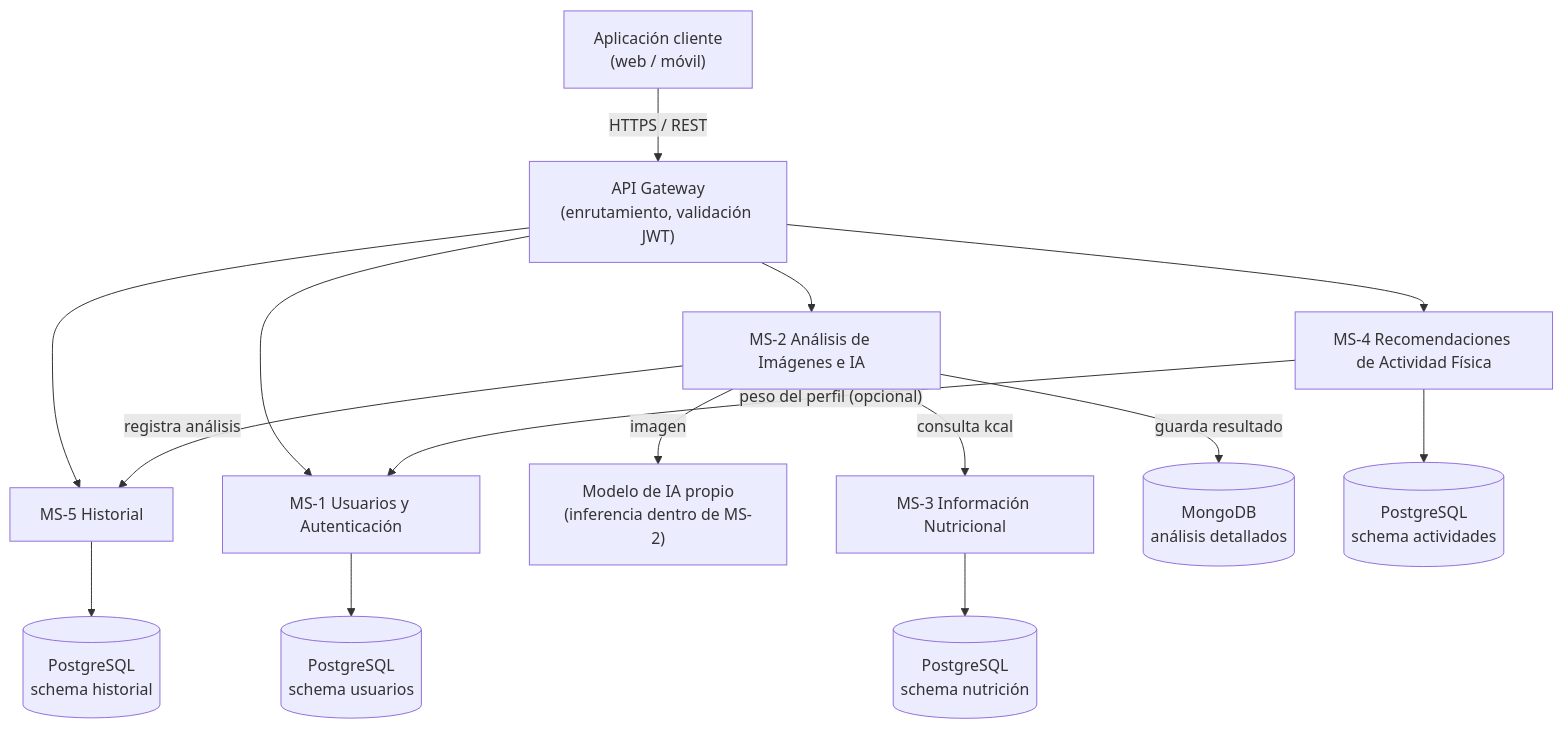
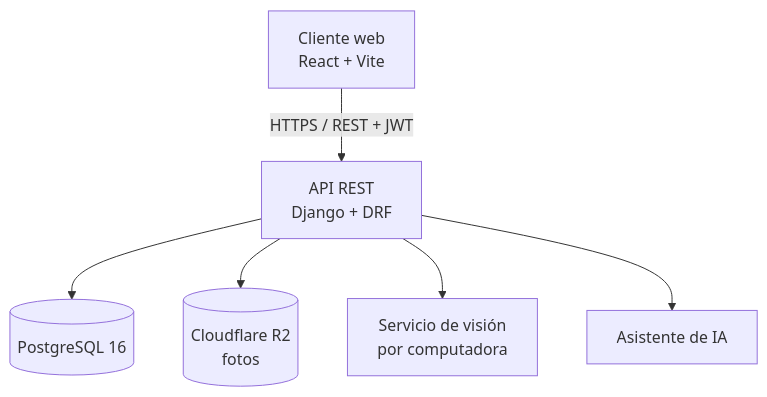
The second of 3 diagrams in README.md (Ludwig-Ivan/Panda), drawn with Mermaid before and after one commit. The commit also changed other lines of this file, not shown here.

````diff
--- a/README.md
+++ b/README.md
@@ -54,19 +82,8 @@
 ```mermaid
 flowchart TD
-    C["Aplicación cliente<br/>(web / móvil)"] -->|HTTPS / REST| G["API Gateway<br/>(enrutamiento, validación JWT)"]
-    G --> MS1["MS-1 Usuarios y Autenticación"]
-    G --> MS2["MS-2 Análisis de Imágenes e IA"]
-    G --> MS4["MS-4 Recomendaciones de Actividad Física"]
-    G --> MS5["MS-5 Historial"]
- 
-    MS2 -->|imagen| IA["Modelo de IA propio<br/>(inferencia dentro de MS-2)"]
-    MS2 -->|consulta kcal| MS3["MS-3 Información Nutricional"]
-    MS2 -->|registra análisis| MS5
-    MS2 -->|guarda resultado| MONGO[("MongoDB<br/>análisis detallados")]
-    MS4 -->|"peso del perfil (opcional)"| MS1
- 
-    MS1 --> PG1[("PostgreSQL<br/>schema usuarios")]
-    MS3 --> PG3[("PostgreSQL<br/>schema nutrición")]
-    MS4 --> PG4[("PostgreSQL<br/>schema actividades")]
-    MS5 --> PG5[("PostgreSQL<br/>schema historial")]
+    C["Cliente web<br/>React + Vite"] -->|"HTTPS / REST + JWT"| API["API REST<br/>Django + DRF"]
+    API --> PG[("PostgreSQL 16")]
+    API --> R2[("Cloudflare R2<br/>fotos")]
+    API --> VIS["Servicio de visión<br/>por computadora"]
+    API --> ASI["Asistente de IA"]
 ```
````
